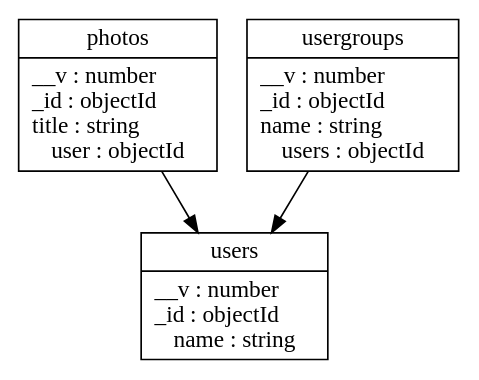
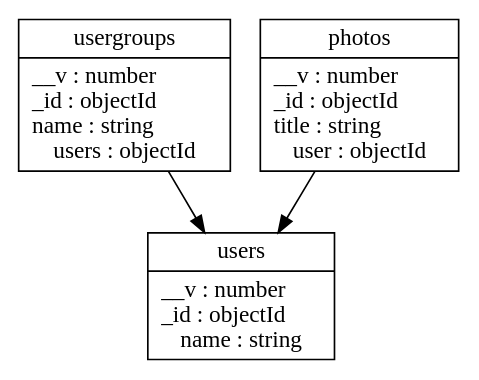
Before and after one commit to leonardodalcin/mongo-auto-erd: the diagram in erd.dot, drawn with Graphviz. The commit also changed 2711 other files, not shown here.

```diff
--- a/erd.dot
+++ b/erd.dot
@@ -1,24 +1,24 @@
 digraph erd {
 	graph [bb="0,0,215.81,196"];
 	node [label="\N"];
+	usergroups	[height=1.2083,
+		label="{usergroups | __v : number\l_id : objectId\lname : string\lusers : objectId}",
+		pos="50.766,152.5",
+		rects="0,173.5,101.53,195.5 0,109.5,101.53,173.5",
+		shape=record,
+		width=1.4102];
+	users	[height=1.0139,
+		label="{users | __v : number\l_id : objectId\lname : string}",
+		pos="108.77,36.5",
+		rects="63.438,50.5,154.09,72.5 63.438,0.5,154.09,50.5",
+		shape=record,
+		width=1.2591];
+	usergroups -> users	[pos="e,90.843,72.728 72.198,109.37 76.796,100.34 81.668,90.761 86.304,81.649"];
 	photos	[height=1.2083,
 		label="{photos | __v : number\l_id : objectId\ltitle : string\luser : objectId}",
-		pos="48.042,152.5",
-		rects="0,173.5,96.083,195.5 0,109.5,96.083,173.5",
+		pos="167.77,152.5",
+		rects="119.72,173.5,215.81,195.5 119.72,109.5,215.81,173.5",
 		shape=record,
 		width=1.3345];
-	users	[height=1.0139,
-		label="{users | __v : number\l_id : objectId\lname : string}",
-		pos="106.04,36.5",
-		rects="60.714,50.5,151.37,72.5 60.714,0.5,151.37,50.5",
-		shape=record,
-		width=1.2591];
-	photos -> users	[pos="e,88.119,72.728 69.474,109.37 74.072,100.34 78.944,90.761 83.58,81.649"];
-	usergroups	[height=1.2083,
-		label="{usergroups | __v : number\l_id : objectId\lname : string\lusers : objectId}",
-		pos="165.04,152.5",
-		rects="114.28,173.5,215.81,195.5 114.28,109.5,215.81,173.5",
-		shape=record,
-		width=1.4102];
-	usergroups -> users	[pos="e,124.27,72.728 143.24,109.37 138.56,100.34 133.61,90.761 128.89,81.649"];
+	photos -> users	[pos="e,127,72.728 145.96,109.37 141.29,100.34 136.33,90.761 131.61,81.649"];
 }
```
